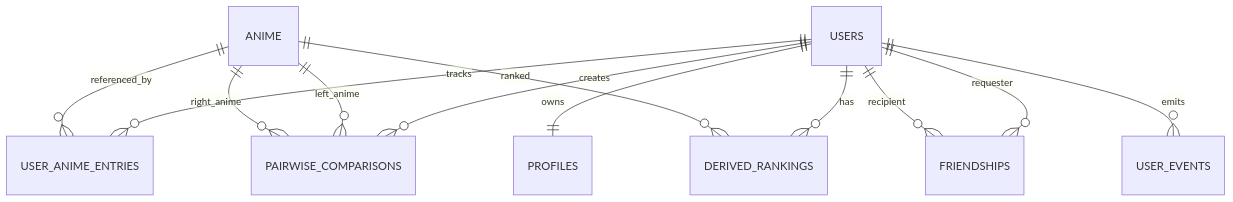
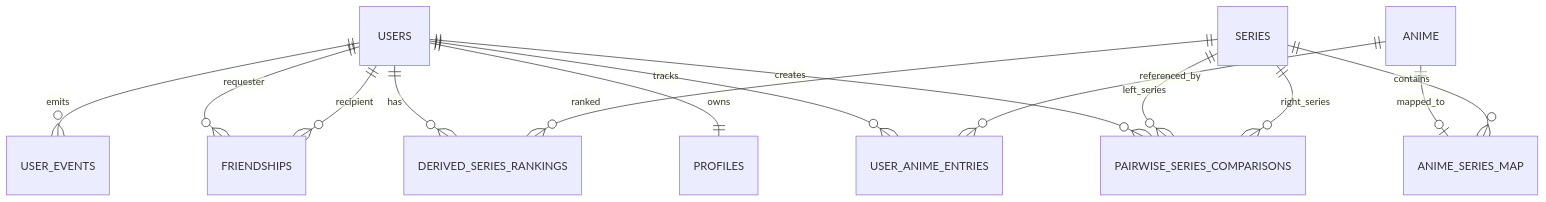
One commit to ryanzhouuu/suki changed the second of 5 diagrams in docs/design.md. Above: the diagram before and after it, drawn with Mermaid. The commit also changed other lines of this file, not shown here.

````diff
--- a/docs/design.md
+++ b/docs/design.md
@@ -356,14 +371,16 @@
 ```mermaid
 erDiagram
   USERS ||--|| PROFILES : owns
   USERS ||--o{ USER_ANIME_ENTRIES : tracks
   ANIME ||--o{ USER_ANIME_ENTRIES : referenced_by
-  USERS ||--o{ PAIRWISE_COMPARISONS : creates
-  ANIME ||--o{ PAIRWISE_COMPARISONS : left_anime
-  ANIME ||--o{ PAIRWISE_COMPARISONS : right_anime
-  USERS ||--o{ DERIVED_RANKINGS : has
-  ANIME ||--o{ DERIVED_RANKINGS : ranked
+  ANIME ||--o| ANIME_SERIES_MAP : mapped_to
+  SERIES ||--o{ ANIME_SERIES_MAP : contains
+  USERS ||--o{ PAIRWISE_SERIES_COMPARISONS : creates
+  SERIES ||--o{ PAIRWISE_SERIES_COMPARISONS : left_series
+  SERIES ||--o{ PAIRWISE_SERIES_COMPARISONS : right_series
+  USERS ||--o{ DERIVED_SERIES_RANKINGS : has
+  SERIES ||--o{ DERIVED_SERIES_RANKINGS : ranked
   USERS ||--o{ FRIENDSHIPS : requester
   USERS ||--o{ FRIENDSHIPS : recipient
   USERS ||--o{ USER_EVENTS : emits
 ```
````
